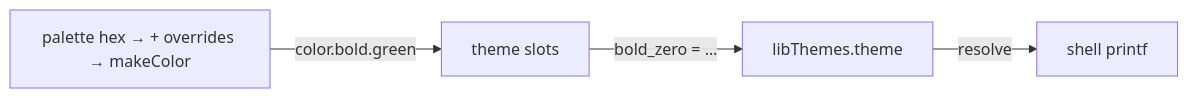
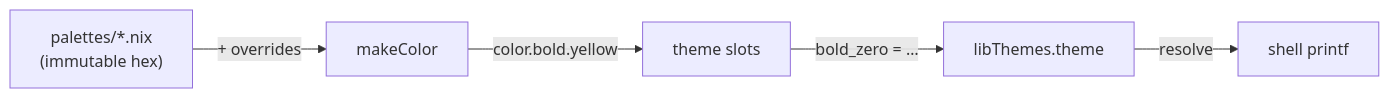
One commit to cig0/nix-batteries changed the diagram in themes/README.md. Above: the diagram before and after it, drawn with Mermaid. The commit also changed other lines of this file and 9 other files, not shown here.

First line of the commit message:
feat: parameterize per-theme dimFactor, correct palette assignments

````diff
--- a/themes/README.md
+++ b/themes/README.md
@@ -72,6 +21,7 @@
 ```mermaid
 graph LR
-    A["palette hex → + overrides → makeColor"] -->|"color.bold.green"| B["theme slots"]
-    B -->|"bold_zero = …"| C["libThemes.theme"]
-    C -->|resolve| D["shell printf"]
+    A["palettes/*.nix<br/>(immutable hex)"] -->|"+ overrides"| B["makeColor"]
+    B -->|"color.bold.yellow"| C["theme slots"]
+    C -->|"bold_zero = …"| D["libThemes.theme"]
+    D -->|resolve| E["shell printf"]
 ```
````
